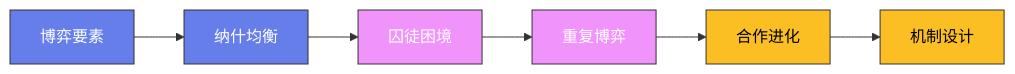
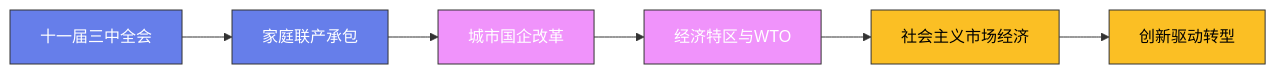
The diagram in content/posts/ModelCreate/经济学与金融/19-中国经济改革.md (Fengur/Fengur.github.io), drawn with Mermaid before and after one commit. The commit also changed 118 other files, not shown here.

````diff
--- a/content/posts/ModelCreate/经济学与金融/19-中国经济改革.md
+++ b/content/posts/ModelCreate/经济学与金融/19-中国经济改革.md
@@ -73,16 +73,16 @@
 ```mermaid
 graph LR
-    A["博弈要素"] --> B["纳什均衡"]
-    B --> C["囚徒困境"]
-    C --> D["重复博弈"]
-    D --> E["合作进化"]
-    E --> F["机制设计"]
+    A["十一届三中全会"] --> B["家庭联产承包"]
+    B --> C["城市国企改革"]
+    C --> D["经济特区与WTO"]
+    D --> E["社会主义市场经济"]
+    E --> F["创新驱动转型"]
 
     classDef early fill:#667eea,stroke:#333,color:white
     classDef mid fill:#f093fb,stroke:#333,color:white
     classDef modern fill:#fbbf24,stroke:#333,color:black
 
     class A,B early
     class C,D mid
     class E,F modern
 ```
````
